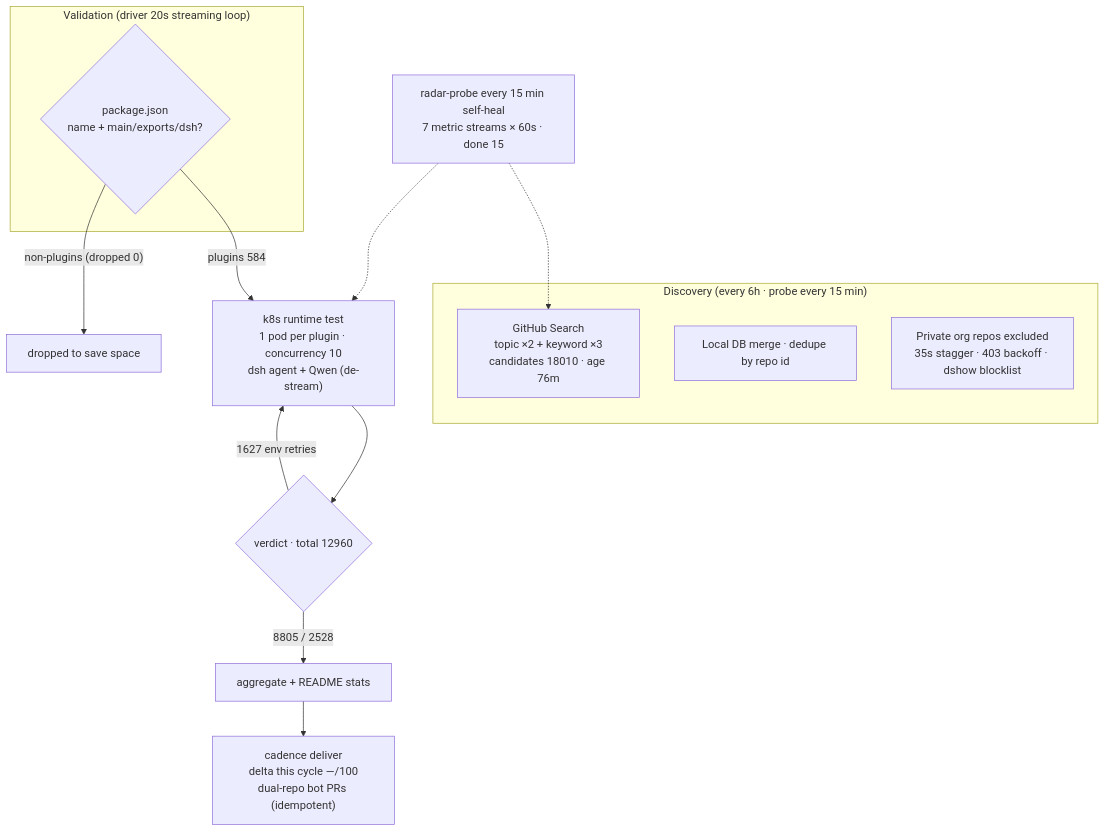
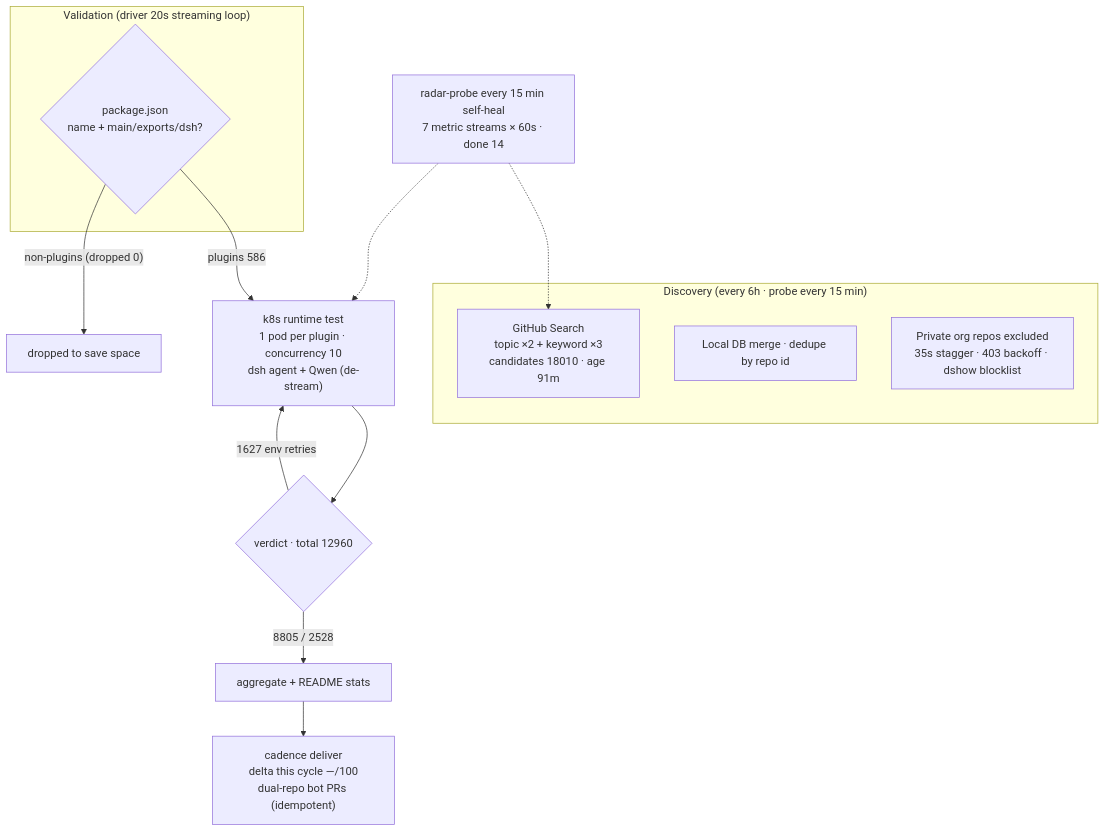
Before and after one commit to AdamPlatin123/awesome-dsh-plugins: the diagram in README.en-US.md, drawn with Mermaid. The commit also changed other lines of this file and 5 other files, not shown here.

````diff
--- a/README.en-US.md
+++ b/README.en-US.md
@@ -45,20 +45,20 @@
 ```mermaid
 flowchart TB
     subgraph Discovery["Discovery (every 6h · probe every 15 min)"]
-        A1["GitHub Search<br/>topic ×2 + keyword ×3<br/>candidates 18010 · age 76m"]
+        A1["GitHub Search<br/>topic ×2 + keyword ×3<br/>candidates 18010 · age 91m"]
         A2["Local DB merge · dedupe by repo id"]
         A3["Private org repos excluded<br/>35s stagger · 403 backoff · dshow blocklist"]
     end
     subgraph Validation["Validation (driver 20s streaming loop)"]
         B1{"package.json<br/>name + main/exports/dsh?"}
     end
-    B1 -->|"plugins 584"| C1["k8s runtime test<br/>1 pod per plugin · concurrency 10<br/>dsh agent + Qwen (de-stream)"]
+    B1 -->|"plugins 586"| C1["k8s runtime test<br/>1 pod per plugin · concurrency 10<br/>dsh agent + Qwen (de-stream)"]
     B1 -->|"non-plugins (dropped 0)"| B3["dropped to save space"]
     C1 --> D1{"verdict · total 12960"}
     D1 -->|"8805 / 2528"| E1["aggregate + README stats"]
     D1 -->|"1627 env retries"| C1
     E1 --> E2["cadence deliver<br/>delta this cycle —/100<br/>dual-repo bot PRs (idempotent)"]
-    M["radar-probe every 15 min self-heal<br/>7 metric streams × 60s · done 15"]
+    M["radar-probe every 15 min self-heal<br/>7 metric streams × 60s · done 14"]
     M -.-> A1
     M -.-> C1
 ```
````
